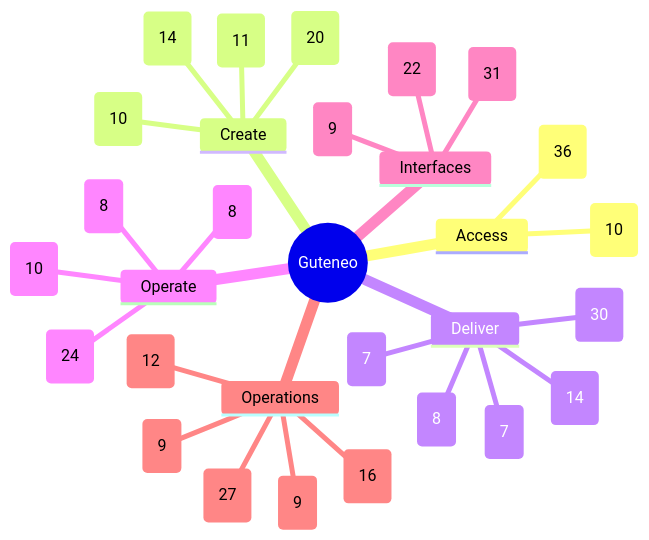
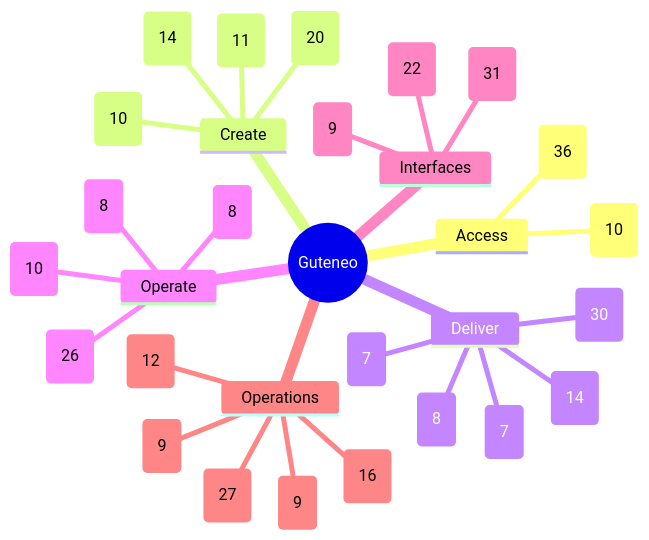
The diagram in docs/FEATURE_MAP.md (nclsppr/guteneo), drawn with Mermaid before and after one commit. The commit also changed other lines of this file and 63 other files, not shown here.

````diff
--- a/docs/FEATURE_MAP.md
+++ b/docs/FEATURE_MAP.md
@@ -13,33 +13,33 @@
 ```mermaid
 mindmap
   root((Guteneo))
     Access
       Access and identity (36)
       Team and responsibilities (10)
     Create
       Documents and protection (20)
       Template studio (14)
       Data and mappings (10)
       PDF generation and distribution (11)
     Deliver
       Fax (7)
       Postal mail (8)
       Email and protected links (14)
       Sensitive distribution and personal documents (30)
       Dispatch dry run (7)
     Operate
       Campaigns and tracking (8)
       Credits and billing (8)
-      Workspace layout and browser appearance (24)
+      Workspace layout and browser appearance (26)
       PDF verification (10)
     Interfaces
       Assistants and API (31)
       iPhone and iPad (9)
       Public pages, languages and appearance (22)
     Operations
       Reviewer OAuth qualification (9)
       Operations and reliability (27)
       Belvédère platform oversight (9)
       Public service status (16)
       Engineering documentation (12)
 ```
````
